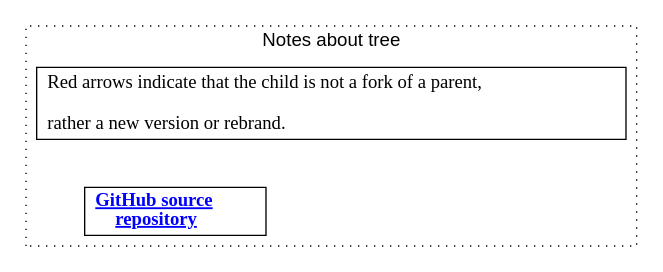
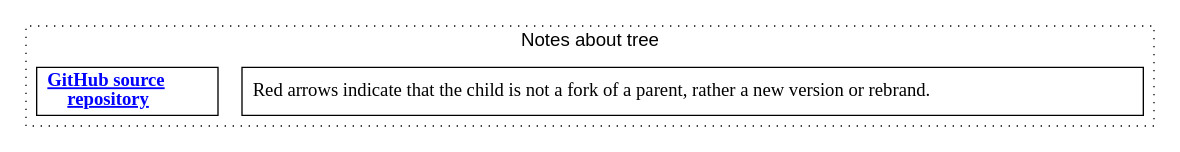
One commit to CthulhuOnIce/SS13-Codebases changed the diagram in src/dev/cluster_info.dot. Above: the diagram before and after it, drawn with Graphviz. The commit also changed 10 other files, not shown here.

```diff
--- a/src/dev/cluster_info.dot
+++ b/src/dev/cluster_info.dot
@@ -1,47 +1,51 @@
 digraph G {
 	/// Attributes ///
 	color    = "black"
 	fontname = "Arial"
 	fontsize = 14
 	ratio    = "auto"   //size = "30, 30"
 	rankdir  = "LB"
 
 	graph [compound = true]
 
 
 	//
-	subgraph cluster_note
+	subgraph "cluster note"
 	{
 		/// Attributes ///
 		label    = "Notes about tree"
 		style    = "dotted"
-		rankdir  = "LB"
+		//rankdir  = "LB"
 		compound = false
 		rank     = same
+		//pos      = "10,10!"
 
 		node [
 			shape    = rectangle,
 			fontsize = 14,
 			//width    = 3.5
 			//height   = .08
 			minlen = 1
 		]
+		edge [
+			constraint = false
+		]
 
 		/// Nodes ///
 		note1 [
-			label = "Red arrows indicate that the child is not a fork of a parent, \l
-		rather a new version or rebrand.\l", width = 4.5,
+			label = "Red arrows indicate that the child is not a fork of a parent, rather a new version or rebrand.\l",
+			width = 4.5 //, height = .8
 		]
 		note2 [
 			label = <<b><u><font color="blue" style="font-weight: bold;" align="center">GitHub source <br align="center"/>repository </font></u></b> >,
-			URL = "https://github.com/CthulhuOnIce/SS13-Codebases", width = 1.5
+			URL = "https://github.com/CthulhuOnIce/SS13-Codebases", width = 1.5, height = .18
 		]
-		dummy_helper1 [style = "invis", width = 3]
+		//note2__anchor [style = "invis", width = 3]
 
 		/// Edges ///
-		note1 -> note2 [style = "invis"] //, taillabel = "tail", lhead=cluster_0, constraint=false]
+		//note1 -> note2 [style = "invis", constraint = false] //, taillabel = "tail", lhead=cluster_0, constraint=false]
 		//node [shape=record, height=.08, fontsize=11, width=3.5]
-		note1 -> dummy_helper1 [style = "invis"] //, taillabel = "tail", lhead=cluster_0, constraint=false]
+		//note1 -> note2__anchor [style = "invis"] //, taillabel = "tail", lhead=cluster_0, constraint=false]
 
 	}
 }
```
